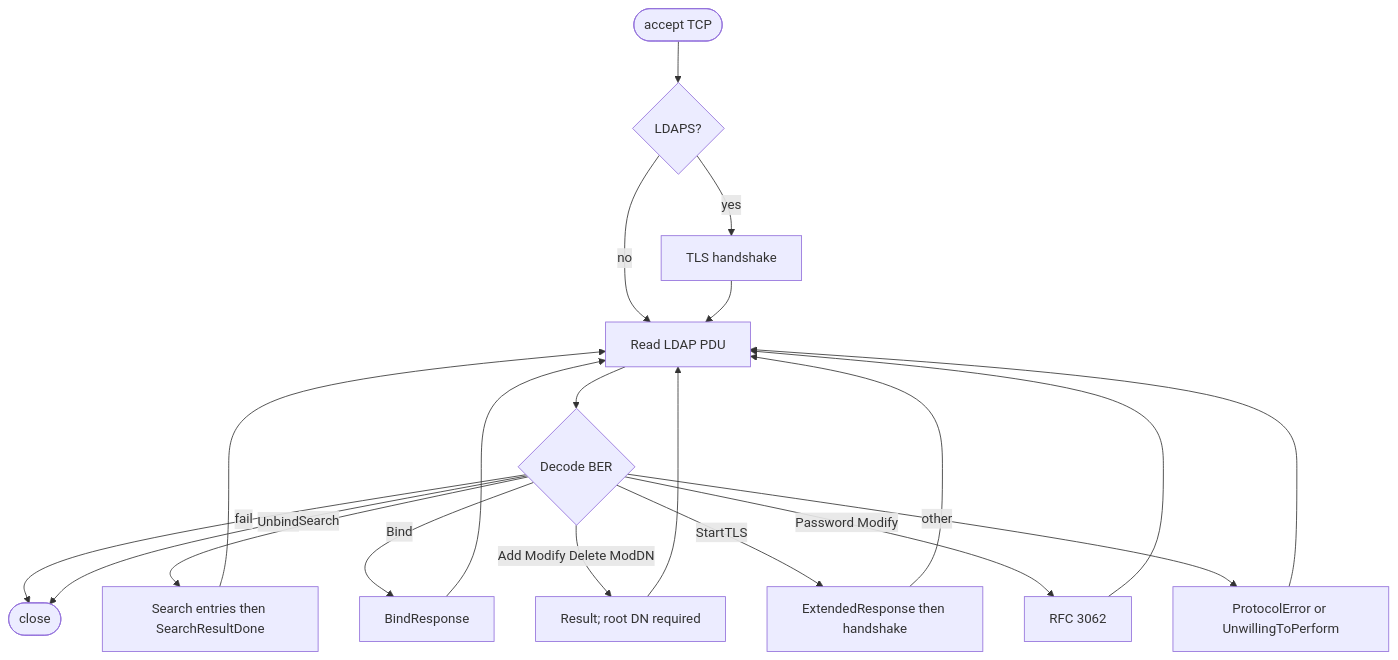
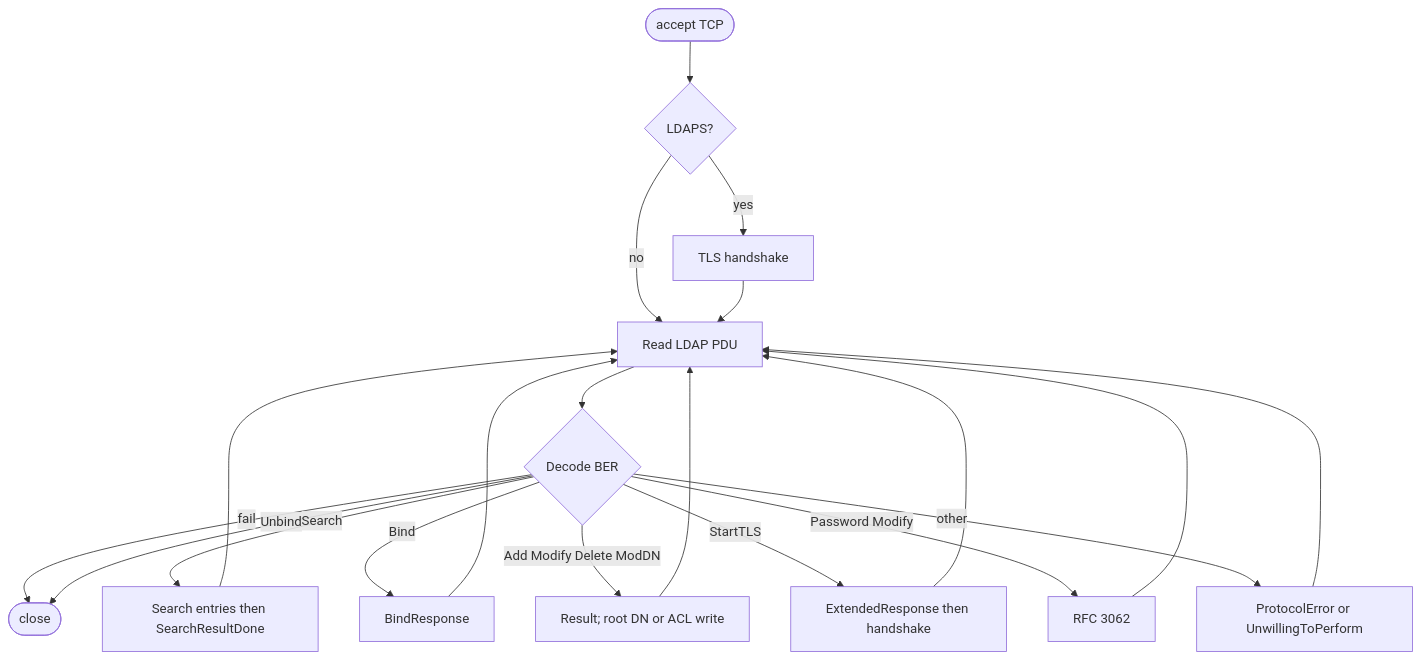
The first of 4 diagrams in docs/diagrams/flow.md (SimpleDaemons/simple-ldapd), drawn with Mermaid before and after one commit. The commit also changed other lines of this file and 26 other files, not shown here.

````diff
--- a/docs/diagrams/flow.md
+++ b/docs/diagrams/flow.md
@@ -5,22 +5,22 @@
 ```mermaid
 flowchart TD
   Start([accept TCP]) --> TLS{LDAPS?}
   TLS -->|yes| Handshake[TLS handshake]
   TLS -->|no| Read
   Handshake --> Read[Read LDAP PDU]
   Read --> Decode{Decode BER}
   Decode -->|fail| Close([close])
   Decode -->|Unbind| Close
   Decode -->|Search| Search[Search entries then SearchResultDone]
   Decode -->|Bind| Bind[BindResponse]
-  Decode -->|Add Modify Delete ModDN| Write[Result; root DN required]
+  Decode -->|Add Modify Delete ModDN| Write[Result; root DN or ACL write]
   Decode -->|StartTLS| STLS[ExtendedResponse then handshake]
   Decode -->|Password Modify| Pw[RFC 3062]
   Decode -->|other| Err[ProtocolError or UnwillingToPerform]
   Search --> Read
   Bind --> Read
   Write --> Read
   STLS --> Read
   Pw --> Read
   Err --> Read
 ```
````
